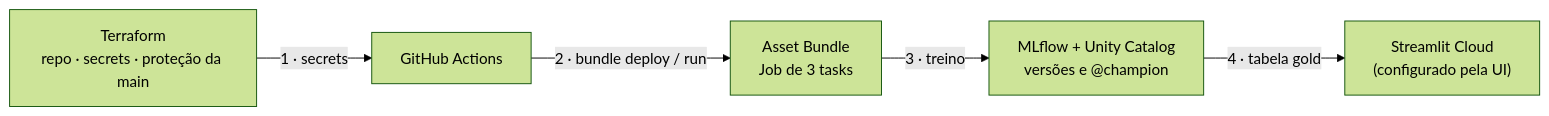
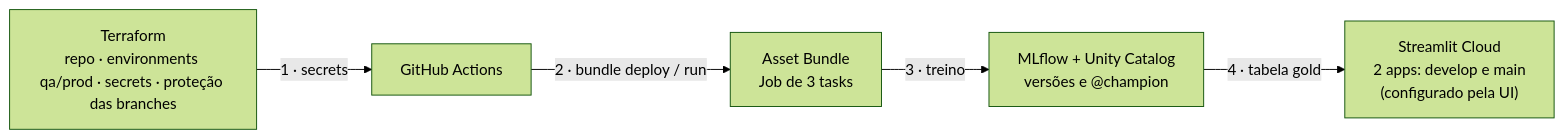
One commit to will3g/news-recsys-databricks changed the fourth of 4 diagrams in docs/ARQUITETURA.md. Above: the diagram before and after it, drawn with Mermaid (forest theme). The commit also changed other lines of this file and 26 other files, not shown here.

First line of the commit message:
feat: ambientes dev/qa/prod, esteira develop→QA e main→PROD, monitoramento de dados, perfil no app

````diff
--- a/docs/ARQUITETURA.md
+++ b/docs/ARQUITETURA.md
@@ -76,7 +98,7 @@
 ```mermaid
 flowchart LR
-    TF["Terraform<br/>repo · secrets · proteção da main"] -- "1 · secrets" --> GA["GitHub Actions"]
+    TF["Terraform<br/>repo · environments qa/prod · secrets · proteção das branches"] -- "1 · secrets" --> GA["GitHub Actions"]
     GA -- "2 · bundle deploy / run" --> DAB["Asset Bundle<br/>Job de 3 tasks"]
     DAB -- "3 · treino" --> ML["MLflow + Unity Catalog<br/>versões e @champion"]
-    ML -- "4 · tabela gold" --> ST["Streamlit Cloud<br/>(configurado pela UI)"]
+    ML -- "4 · tabela gold" --> ST["Streamlit Cloud<br/>2 apps: develop e main<br/>(configurado pela UI)"]
 ```
````
